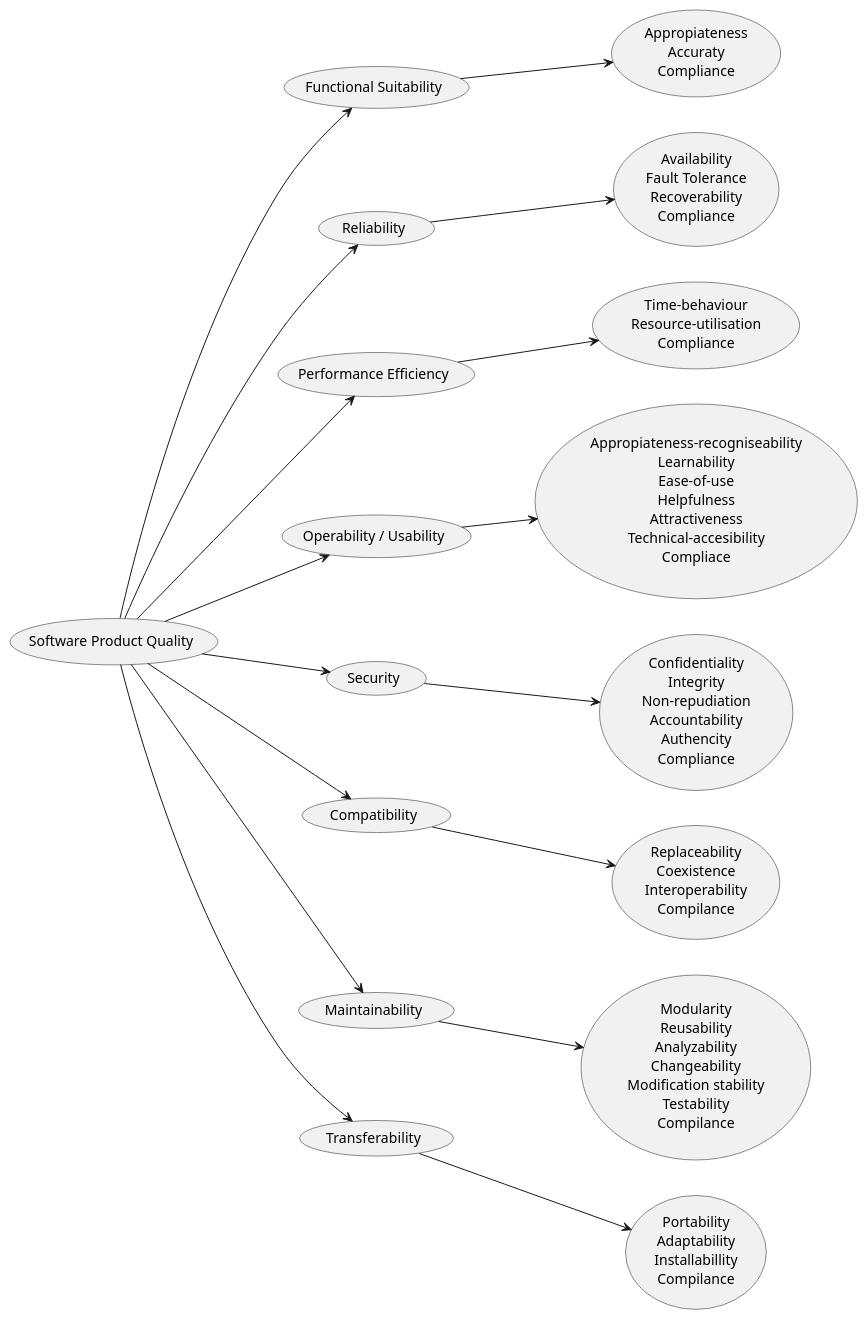
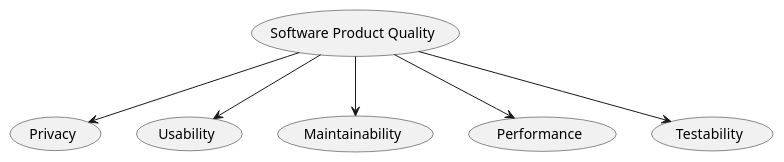
Before and after one commit to Arquisoft/lomap_es3a: the diagram in docs/10_quality_scenarios.adoc, drawn with PlantUML.

Commit message:
26/03/2023 - Omar - Corregido arbol de atributos de calidad

```diff
--- a/docs/10_quality_scenarios.adoc
+++ b/docs/10_quality_scenarios.adoc
@@ -6,37 +6,14 @@
 [plantuml, "Quality tree", png]
 ----
-left to right direction
 (Software Product Quality) as (SPQ)
-(Functional Suitability) as (FS)
-(Reliability) as (R)
-(Performance Efficiency) as (PE)
-(Operability / Usability) as (OU)
-(Security) as (S)
-(Compatibility) as (C)
+(Privacy) as (PR)
+(Usability) as (U)
 (Maintainability) as (M)
-(Transferability) as (T)
-(Appropiateness\nAccuraty\nCompliance) as (AAC)
-(Availability\nFault Tolerance\nRecoverability\nCompliance) as (AFRC)
-(Time-behaviour\nResource-utilisation\nCompliance) as (TRC)
-(Appropiateness-recogniseability\nLearnability\nEase-of-use\nHelpfulness\nAttractiveness\nTechnical-accesibility\nCompliace) as (ALEHATC)
-(Confidentiality\nIntegrity\nNon-repudiation\nAccountability\nAuthencity\nCompliance) as (CINAAC)
-(Replaceability\nCoexistence\nInteroperability\nCompilance) as (RCIC)
-(Modularity\nReusability\nAnalyzability\nChangeability\nModification stability\nTestability\nCompilance) as (MRACMTC)
-(Portability\nAdaptability\nInstallabillity\nCompilance) as (PAIC)
-SPQ --> FS
-FS --> AAC
-SPQ --> R
-R --> AFRC
+(Performance) as (PE)
+(Testability) as (T)
+SPQ --> PR
+SPQ --> U
+SPQ --> M
 SPQ --> PE
-PE --> TRC
-SPQ --> OU
-OU --> ALEHATC
-SPQ --> S
-S --> CINAAC
-SPQ --> C
-C --> RCIC
-SPQ --> M
-M --> MRACMTC
 SPQ --> T
-T --> PAIC
 ----
```
